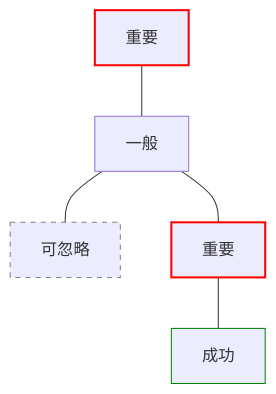
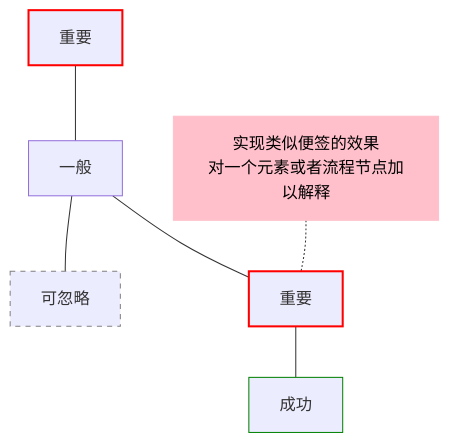
The diagram in 202305092142-mermaid-语法-流程图/index.md (904566722/904566722.github.io), drawn with Mermaid before and after one commit. The commit also changed other lines of this file and 119 other files, not shown here.

```diff
--- a/202305092142-mermaid-语法-流程图/index.md
+++ b/202305092142-mermaid-语法-流程图/index.md
@@ -179,16 +180,24 @@
 {{< mermaid >}}
 flowchart TD
+%% 重要性的分类
 classDef important stroke:red, stroke-width:2px
 classDef pass stroke:grey, stroke-dasharray: 5,5
-
 %% 流程的分类
 classDef success stroke:green
-
+%% 解释
+classDef stick fill:yellow, stroke:yellow
+classDef stickImp fill:pink, stroke:pink, color:black
+  
 a[重要]---b[一般]---c[可忽略]
 b---d[重要]
 d---e[成功]
-
+  
+f[实现类似便签的效果<br>对一个元素或者流程节点加以解释]
+f-.-d
+  
 class a,d important
 class c pass
+  
 class e success
+class f stickImp
 {{< /mermaid >}}
```
